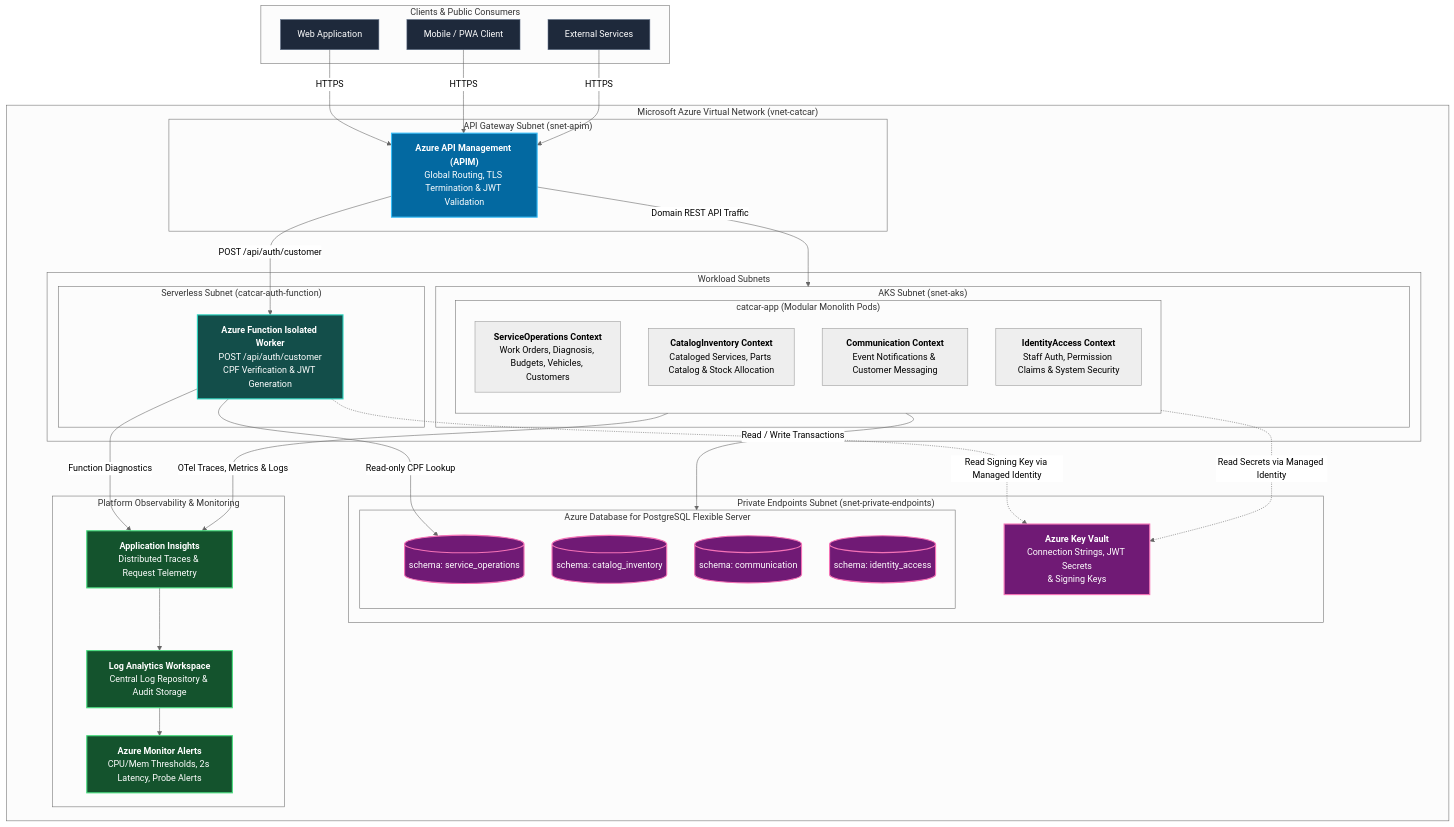
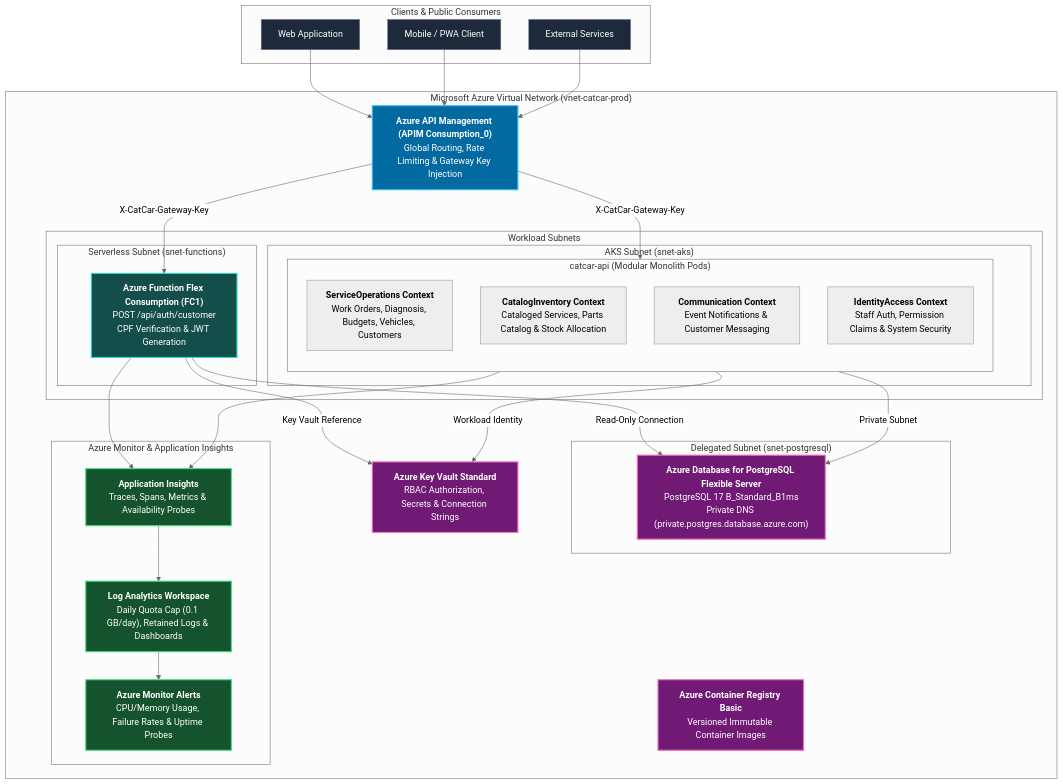
The second of 2 diagrams in README.md (RiseOn-CatCar/catcar-platform), drawn with Mermaid (neutral theme) before and after one commit. The commit also changed other lines of this file and 5 other files, not shown here.

````diff
--- a/README.md
+++ b/README.md
@@ -87,71 +93,67 @@
 ```mermaid
 flowchart TB
     classDef client fill:#1e293b,stroke:#64748b,stroke-width:1px,color:#fff;
     classDef apim fill:#0369a1,stroke:#38bdf8,stroke-width:2px,color:#fff;
     classDef k8s fill:#1e1b4b,stroke:#818cf8,stroke-width:2px,color:#fff;
     classDef fn fill:#134e4a,stroke:#2dd4bf,stroke-width:2px,color:#fff;
     classDef data fill:#701a75,stroke:#f472b6,stroke-width:2px,color:#fff;
     classDef obs fill:#14532d,stroke:#4ade80,stroke-width:2px,color:#fff;
 
     subgraph Clients["Clients & Public Consumers"]
         Browser["Web Application"]:::client
         Mobile["Mobile / PWA Client"]:::client
         External["External Services"]:::client
     end
 
-    subgraph Azure["Microsoft Azure Virtual Network (vnet-catcar)"]
-        subgraph GatewaySubnet["API Gateway Subnet (snet-apim)"]
-            APIM["<b>Azure API Management (APIM)</b><br/>Global Routing, TLS Termination & JWT Validation"]:::apim
-        end
+    subgraph Azure["Microsoft Azure Virtual Network (vnet-catcar-prod)"]
+        APIM["<b>Azure API Management (APIM Consumption_0)</b><br/>Global Routing, Rate Limiting & Gateway Key Injection"]:::apim
 
         subgraph ComputeSubnet["Workload Subnets"]
             subgraph AKSSubnet["AKS Subnet (snet-aks)"]
-                subgraph AppPod["catcar-app (Modular Monolith Pods)"]
+                subgraph AppPod["catcar-api (Modular Monolith Pods)"]
                     direction TB
                     BC_SO["<b>ServiceOperations Context</b><br/>Work Orders, Diagnosis, Budgets, Vehicles, Customers"]
                     BC_CI["<b>CatalogInventory Context</b><br/>Cataloged Services, Parts Catalog & Stock Allocation"]
                     BC_CO["<b>Communication Context</b><br/>Event Notifications & Customer Messaging"]
                     BC_IA["<b>IdentityAccess Context</b><br/>Staff Auth, Permission Claims & System Security"]
                 end
             end
 
-            subgraph FunctionSubnet["Serverless Subnet (catcar-auth-function)"]
-                AuthFn["<b>Azure Function Isolated Worker</b><br/>POST /api/auth/customer<br/>CPF Verification & JWT Generation"]:::fn
+            subgraph FunctionSubnet["Serverless Subnet (snet-functions)"]
+                AuthFn["<b>Azure Function Flex Consumption (FC1)</b><br/>POST /api/auth/customer<br/>CPF Verification & JWT Generation"]:::fn
             end
         end
 
-        subgraph PrivateDataSubnet["Private Endpoints Subnet (snet-private-endpoints)"]
-            KV["<b>Azure Key Vault</b><br/>Connection Strings, JWT Secrets<br/>& Signing Keys"]:::data
-            
-            subgraph PostgresServer["Azure Database for PostgreSQL Flexible Server"]
-                SchemaSO[("schema: service_operations")]:::data
-                SchemaCI[("schema: catalog_inventory")]:::data
-                SchemaCO[("schema: communication")]:::data
-                SchemaIA[("schema: identity_access")]:::data
-            end
+        subgraph PrivateDataSubnet["Delegated Subnet (snet-postgresql)"]
+            PG["<b>Azure Database for PostgreSQL Flexible Server</b><br/>PostgreSQL 17 B_Standard_B1ms<br/>Private DNS (private.postgres.database.azure.com)"]:::data
         end
 
-        subgraph ObservabilityLayer["Platform Observability & Monitoring"]
-            AppInsights["<b>Application Insights</b><br/>Distributed Traces & Request Telemetry"]:::obs
-            LogAnalytics["<b>Log Analytics Workspace</b><br/>Central Log Repository & Audit Storage"]:::obs
-            Alerts["<b>Azure Monitor Alerts</b><br/>CPU/Mem Thresholds, 2s Latency, Probe Alerts"]:::obs
+        KV["<b>Azure Key Vault Standard</b><br/>RBAC Authorization, Secrets & Connection Strings"]:::data
+        ACR["<b>Azure Container Registry Basic</b><br/>Versioned Immutable Container Images"]:::data
+
+        subgraph Observability["Azure Monitor & Application Insights"]
+            AppInsights["<b>Application Insights</b><br/>Traces, Spans, Metrics & Availability Probes"]:::obs
+            LogAnalytics["<b>Log Analytics Workspace</b><br/>Daily Quota Cap (0.1 GB/day), Retained Logs & Dashboards"]:::obs
+            Alerts["<b>Azure Monitor Alerts</b><br/>CPU/Memory Usage, Failure Rates & Uptime Probes"]:::obs
         end
     end
 
-    Browser -->|HTTPS| APIM
-    Mobile -->|HTTPS| APIM
-    External -->|HTTPS| APIM
+    Browser --> APIM
+    Mobile --> APIM
+    External --> APIM
 
-    APIM -->|POST /api/auth/customer| AuthFn
-    APIM -->|Domain REST API Traffic| AKSSubnet
+    APIM -->|X-CatCar-Gateway-Key| AppPod
+    APIM -->|X-CatCar-Gateway-Key| AuthFn
 
-    AppPod -->|Read / Write Transactions| PostgresServer
-    AuthFn -->|Read-only CPF Lookup| SchemaSO
-    AppPod -.->|Read Secrets via Managed Identity| KV
-    AuthFn -.->|Read Signing Key via Managed Identity| KV
+    AppPod -->|Private Subnet| PG
+    AuthFn -->|Read-Only Connection| PG
 
-    AppPod -->|OTel Traces, Metrics & Logs| AppInsights
-    AuthFn -->|Function Diagnostics| AppInsights
+    AppPod -->|Workload Identity| KV
+    AuthFn -->|Key Vault Reference| KV
+
+    AppPod --> AppInsights
+    AuthFn --> AppInsights
+
     AppInsights --> LogAnalytics
     LogAnalytics --> Alerts
 ```
````
